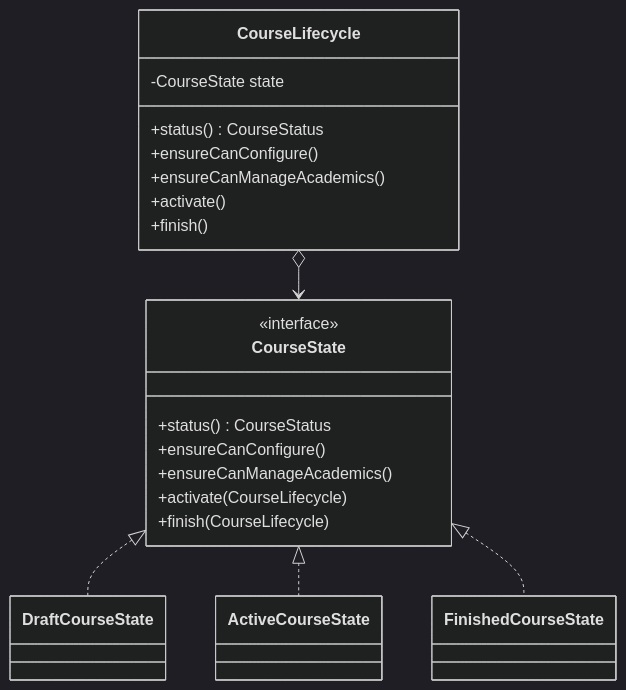
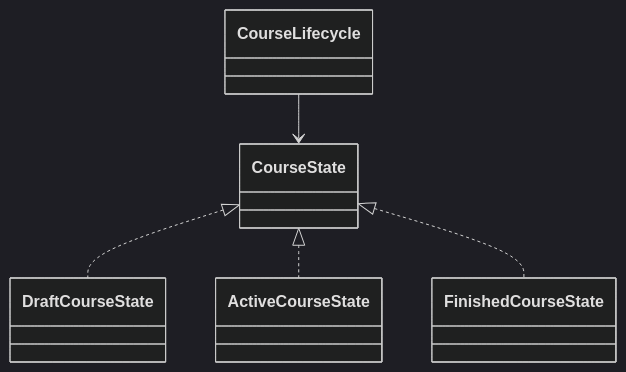
One commit to Ashik590/IIT-Management-System changed the seventh of 10 diagrams in TECHNICAL_DOCUMENTATION.md. Above: the diagram before and after it, drawn with Mermaid (dark theme). The commit also changed other lines of this file and 10 other files, not shown here.

````diff
--- a/TECHNICAL_DOCUMENTATION.md
+++ b/TECHNICAL_DOCUMENTATION.md
@@ -512,27 +268,12 @@
 ```mermaid
 classDiagram
-    class CourseLifecycle {
-        -CourseState state
-        +status() CourseStatus
-        +ensureCanConfigure()
-        +ensureCanManageAcademics()
-        +activate()
-        +finish()
-    }
-    class CourseState {
-        <<interface>>
-        +status() CourseStatus
-        +ensureCanConfigure()
-        +ensureCanManageAcademics()
-        +activate(CourseLifecycle)
-        +finish(CourseLifecycle)
-    }
+    class CourseState
     class DraftCourseState
     class ActiveCourseState
     class FinishedCourseState
-
-    CourseLifecycle o--> CourseState
+    class CourseLifecycle
     CourseState <|.. DraftCourseState
     CourseState <|.. ActiveCourseState
     CourseState <|.. FinishedCourseState
+    CourseLifecycle --> CourseState
 ```
````
